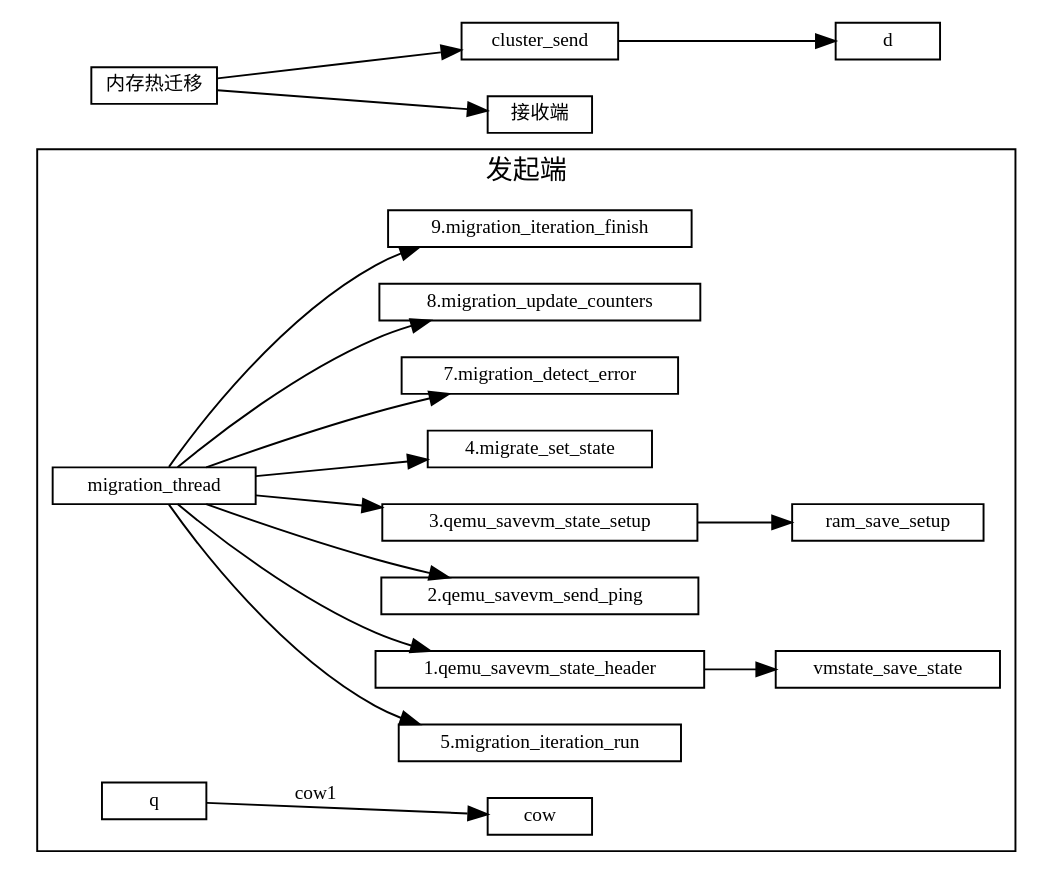
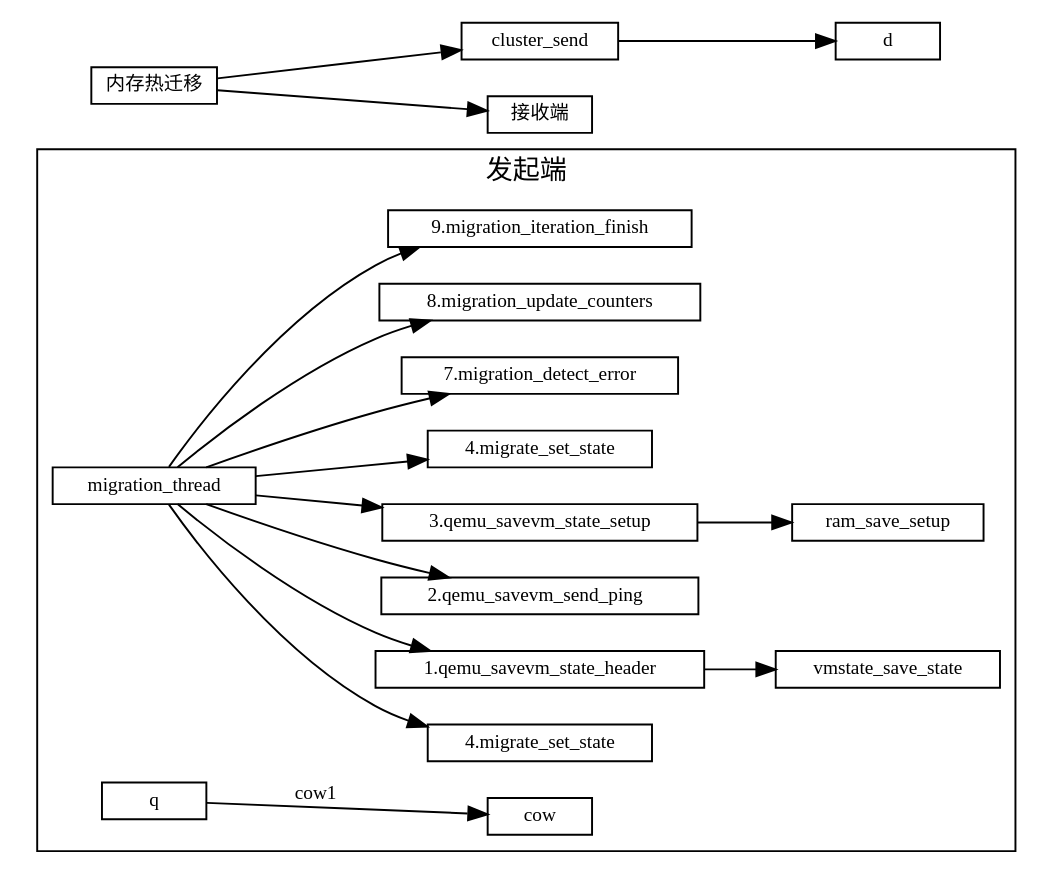
One commit to sisyphus1212/note changed the diagram in 虚拟化/热迁移/1-内存热迁移.md. Above: the diagram before and after it, drawn with Graphviz.

Commit message:
auto_update

````diff
--- a/虚拟化/热迁移/1-内存热迁移.md
+++ b/虚拟化/热迁移/1-内存热迁移.md
@@ -11,35 +11,36 @@
 ```graphviz
 digraph {
 fontname="Helvetica,Arial,sans-serif"
 //node [fontname="Helvetica,Arial,sans-serif"]
 //edge [fontname="Helvetica,Arial,sans-serif"]
 rankdir="LR"
 node [fontsize=10, shape=record, height=0.25]
 edge [fontsize=10]
 
   subgraph send {
     cluster=true;
     label="发起端";
     migration_iteration_run[label="5.migration_iteration_run"]
+    [label="4.migrate_set_state"];
     migration_thread -> "1.qemu_savevm_state_header"
                      -> vmstate_save_state;
     migration_thread -> "2.qemu_savevm_send_ping  ";
     migration_thread -> "3.qemu_savevm_state_setup"
                      ->   ram_save_setup;
     migration_thread ->  "4.migrate_set_state";
     migration_thread ->  migration_iteration_run;
 
     migration_thread ->  "7.migration_detect_error";
     migration_thread ->  "8.migration_update_counters";
     migration_thread ->  "9.migration_iteration_finish";
 
     q -> cow[label="cow1"];
   }
 
 内存热迁移 [label="内存热迁移"]
 内存热迁移 -> cluster_send
            -> d
 
 内存热迁移 -> 接收端
 }
 ```
````
